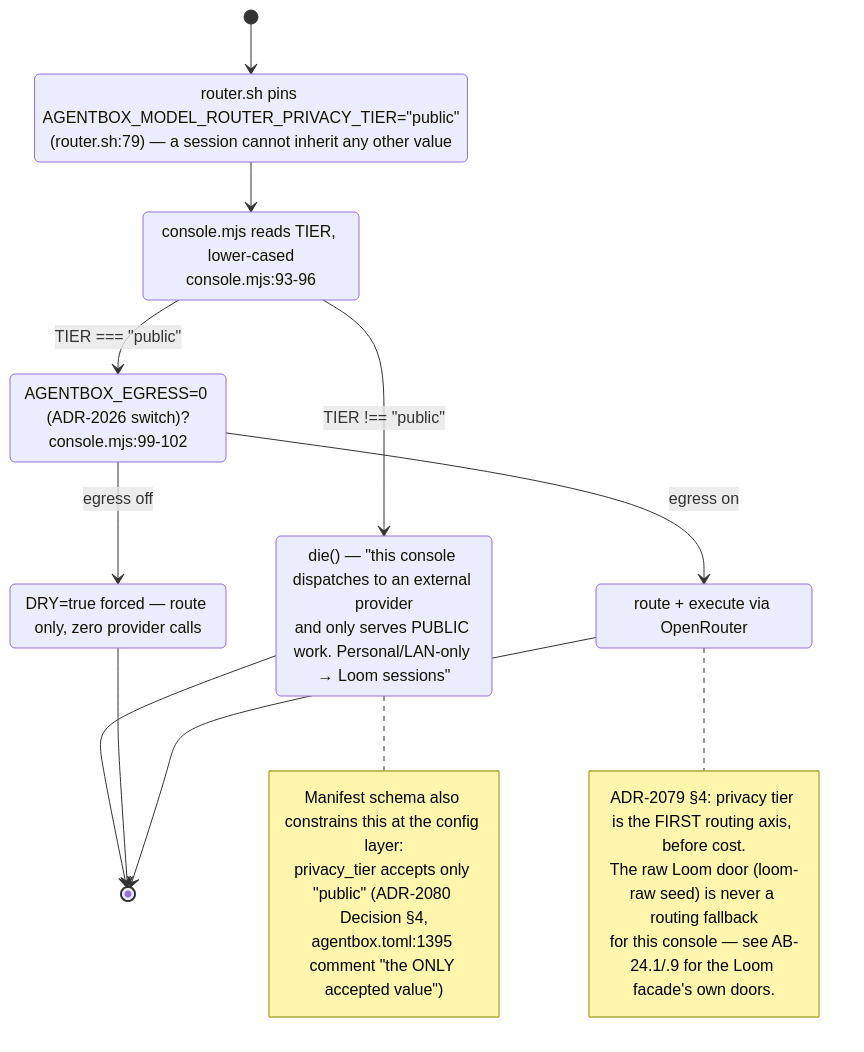
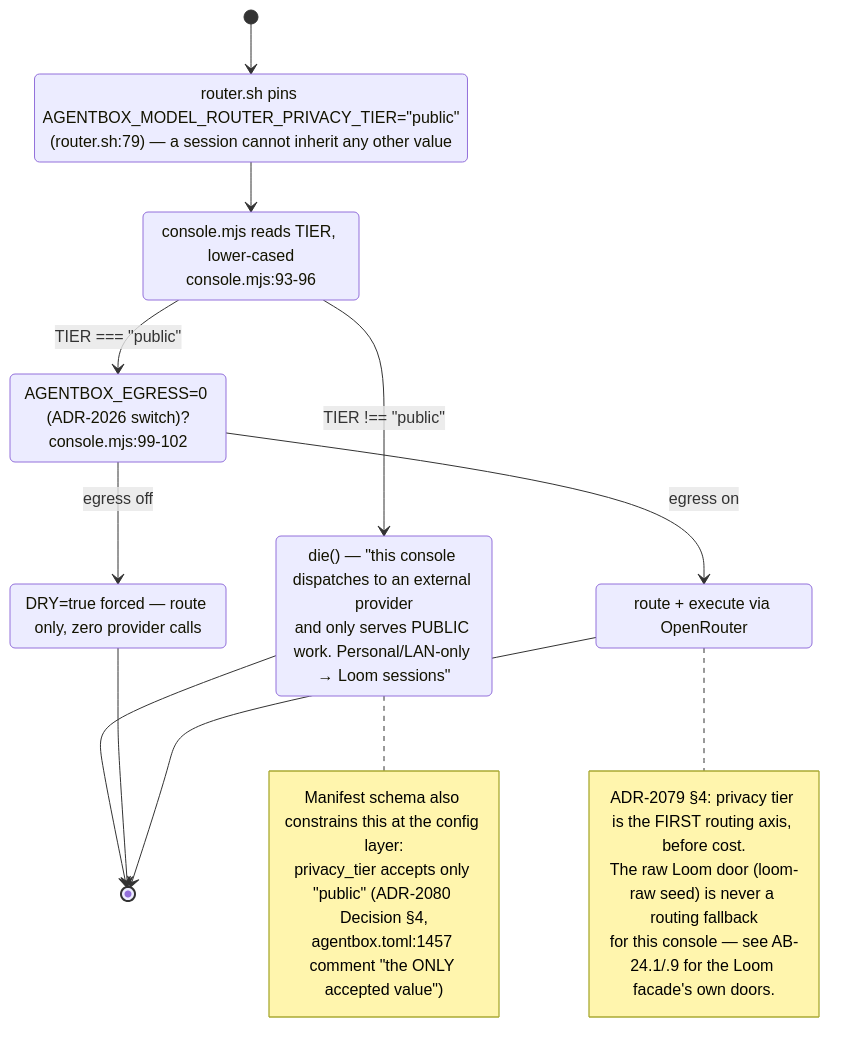
Before and after one commit to DreamLab-AI/VisionFlow: the sixth of 9 diagrams in docs/diagrams/agentbox/29-metaharness-router-console.md, drawn with Mermaid. The commit also changed other lines of this file and 111 other files, not shown here.

Commit message:
docs(diagrams): align estate maps with current source

````diff
--- a/docs/diagrams/agentbox/29-metaharness-router-console.md
+++ b/docs/diagrams/agentbox/29-metaharness-router-console.md
@@ -205,28 +205,28 @@
 ```mermaid
 stateDiagram-v2
     [*] --> WrapperCheck
     WrapperCheck: router.sh pins AGENTBOX_MODEL_ROUTER_PRIVACY_TIER="public"<br/>(router.sh:79) — a session cannot inherit any other value
     WrapperCheck --> ConsoleCheck
     ConsoleCheck: console.mjs reads TIER, lower-cased<br/>console.mjs:93-96
     ConsoleCheck --> Refused: TIER !== "public"
     ConsoleCheck --> EgressCheck: TIER === "public"
     Refused: die() — "this console dispatches to an external provider<br/>and only serves PUBLIC work. Personal/LAN-only → Loom sessions"
     Refused --> [*]
     EgressCheck: AGENTBOX_EGRESS=0 (ADR-2026 switch)?<br/>console.mjs:99-102
     EgressCheck --> DryRunForced: egress off
     EgressCheck --> NormalRun: egress on
     DryRunForced: DRY=true forced — route only, zero provider calls
     NormalRun: route + execute via OpenRouter
     DryRunForced --> [*]
     NormalRun --> [*]
     note right of Refused
         Manifest schema also constrains this at the config layer:
         privacy_tier accepts only "public" (ADR-2080 Decision §4,
-        agentbox.toml:1395 comment "the ONLY accepted value")
+        agentbox.toml:1457 comment "the ONLY accepted value")
     end note
     note right of NormalRun
         ADR-2079 §4: privacy tier is the FIRST routing axis, before cost.
         The raw Loom door (loom-raw seed) is never a routing fallback
         for this console — see AB-24.1/.9 for the Loom facade's own doors.
     end note
 ```
````
